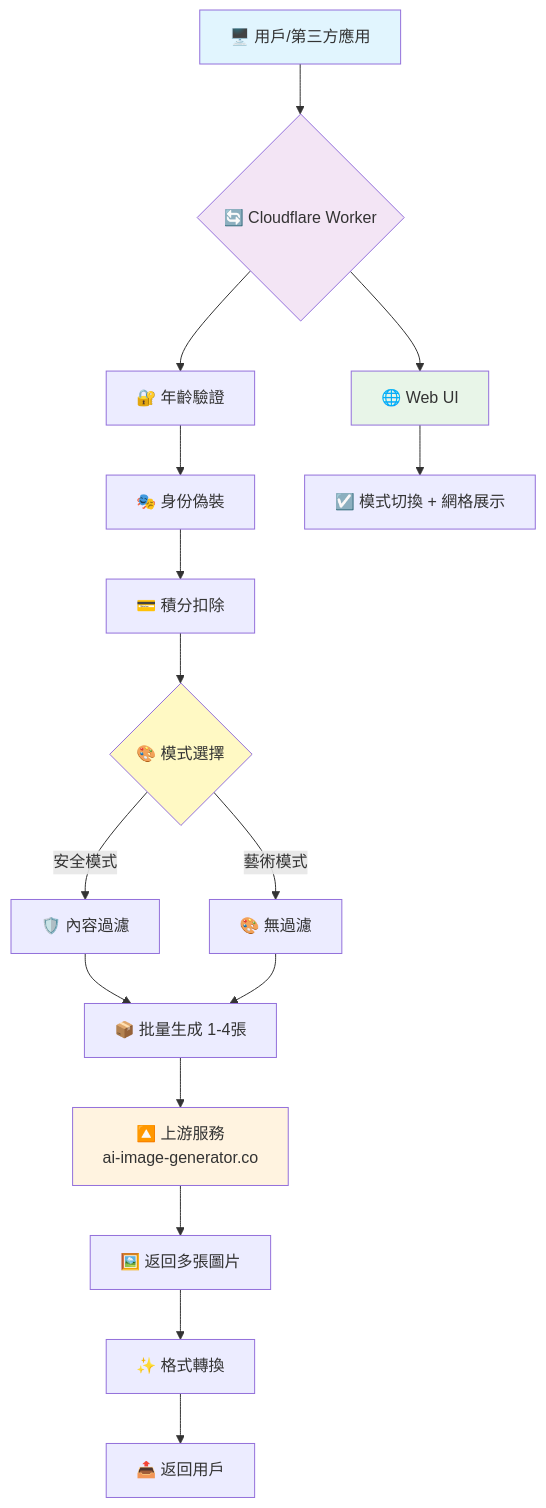
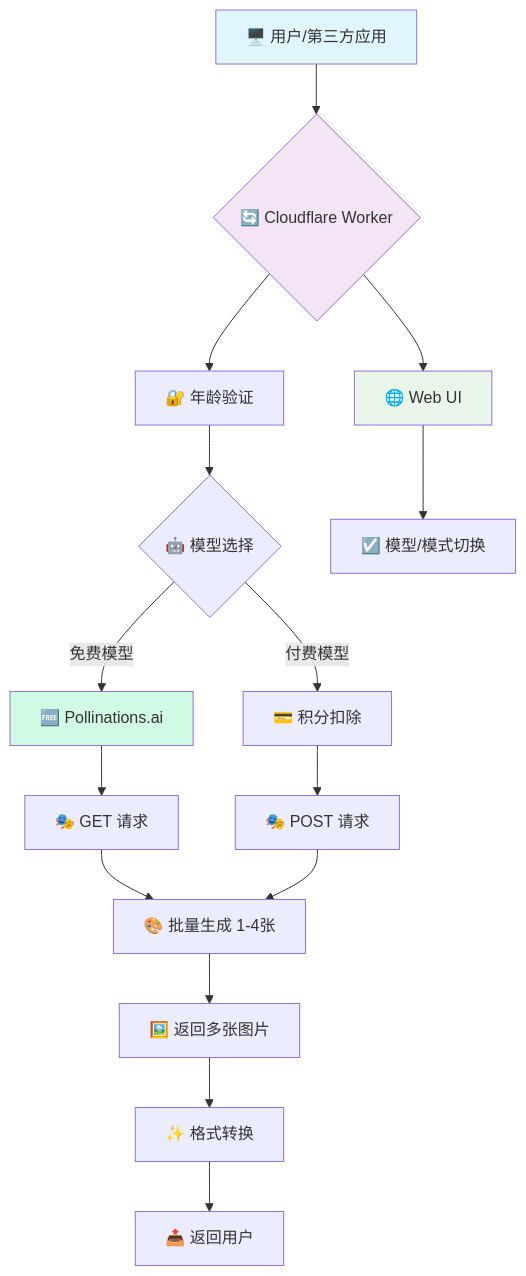
One commit to kinai9661/fluxai changed the diagram in README.md. Above: the diagram before and after it, drawn with Mermaid. The commit also changed other lines of this file, not shown here.

First line of the commit message:
docs: 更新 README 至 v2.8.0 Pollinations 版

````diff
--- a/README.md
+++ b/README.md
@@ -76,26 +112,28 @@
 ```mermaid
 flowchart TD
-    A[🖥️ 用戶/第三方應用] --> B{🔄 Cloudflare Worker}
+    A[🖥️ 用户/第三方应用] --> B{🔄 Cloudflare Worker}
     
-    B --> C[🔐 年齡驗證]
-    C --> D[🎭 身份偽裝]
-    D --> E[💳 積分扣除]
-    E --> F{🎨 模式選擇}
-    F -->|安全模式| G[🛡️ 內容過濾]
-    F -->|藝術模式| H[🎨 無過濾]
-    G --> I[📦 批量生成 1-4張]
+    B --> C[🔐 年龄验证]
+    C --> D{🤖 模型选择}
+    
+    D -->|免费模型| E[🆓 Pollinations.ai]
+    D -->|付费模型| F[💳 积分扣除]
+    
+    E --> G[🎭 GET 请求]
+    F --> H[🎭 POST 请求]
+    
+    G --> I[🎨 批量生成 1-4张]
     H --> I
-    I --> J[🔼 上游服務<br/>ai-image-generator.co]
-    J --> K[🖼️ 返回多張圖片]
-    K --> L[✨ 格式轉換]
-    L --> M[📤 返回用戶]
     
-    B --> N[🌐 Web UI]
-    N --> O[☑️ 模式切換 + 網格展示]
+    I --> J[🖼️ 返回多张图片]
+    J --> K[✨ 格式转换]
+    K --> L[📤 返回用户]
+    
+    B --> M[🌐 Web UI]
+    M --> N[☑️ 模型/模式切换]
     
     style A fill:#e1f5fe
     style B fill:#f3e5f5
-    style F fill:#fff9c4
-    style J fill:#fff3e0
-    style N fill:#e8f5e8
+    style E fill:#d1fae5
+    style M fill:#e8f5e8
 ```
````
